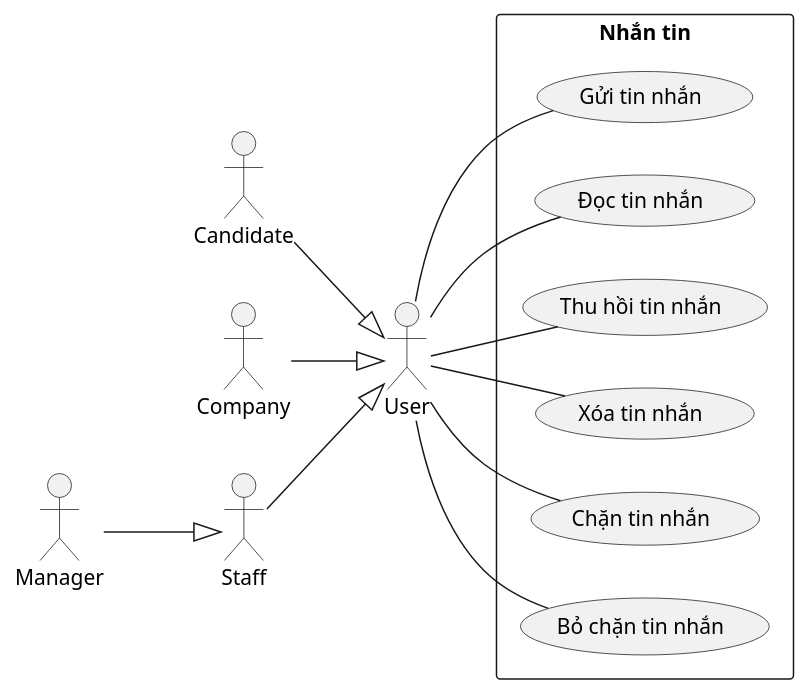
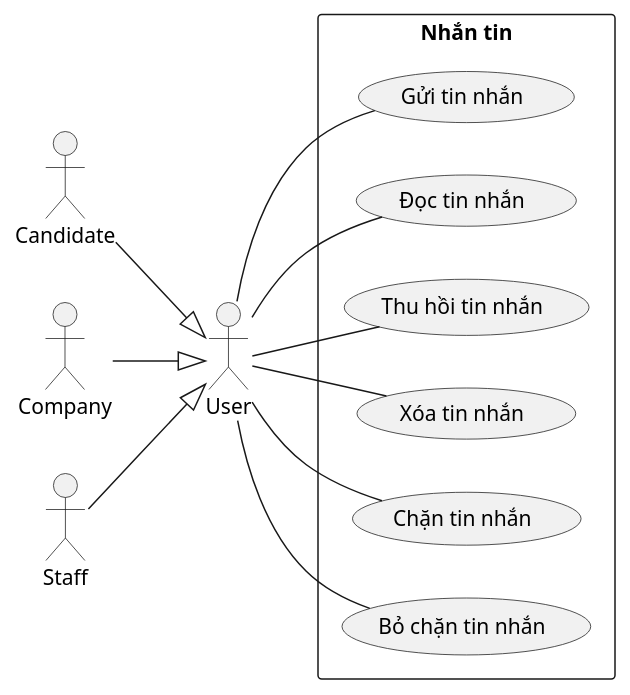
The diagram in Lab1/Lab 1.2 Diagram/Use case/FilePUML/11. NhanTin.puml (Griselda4774/EAS-EmploymentAssistanceSystem), drawn with PlantUML before and after one commit. The commit also changed 21 other files, not shown here.

```diff
--- a/Lab1/Lab 1.2 Diagram/Use case/FilePUML/11. NhanTin.puml
+++ b/Lab1/Lab 1.2 Diagram/Use case/FilePUML/11. NhanTin.puml
@@ -1,34 +1,31 @@
 @startuml NhanTin
 left to right direction
 
 actor "User" as nguoiDung
 actor "Candidate" as nguoiUngTuyen
 actor "Company" as congTyTuyenDung
 actor "Staff" as nhanVien
-actor "Manager" as quanLy
 
 rectangle "Nhắn tin" {
     usecase "Gửi tin nhắn" as guiTinNhan
     usecase "Đọc tin nhắn" as docTinNhan
     usecase "Thu hồi tin nhắn" as thuHoiTinNhan
     usecase "Xóa tin nhắn" as xoaTinNhan
     usecase "Chặn tin nhắn" as chanTinNhan
     usecase "Bỏ chặn tin nhắn" as boChanTinNhan
 }
 
 nguoiDung -- guiTinNhan
 nguoiDung -- docTinNhan
 nguoiDung -- thuHoiTinNhan
 nguoiDung -- xoaTinNhan
 nguoiDung -- chanTinNhan
 nguoiDung -- boChanTinNhan
 
 nguoiUngTuyen --^ nguoiDung
 
 congTyTuyenDung --^ nguoiDung
 
 nhanVien --^ nguoiDung
 
-quanLy --^ nhanVien
-
 @enduml
```
